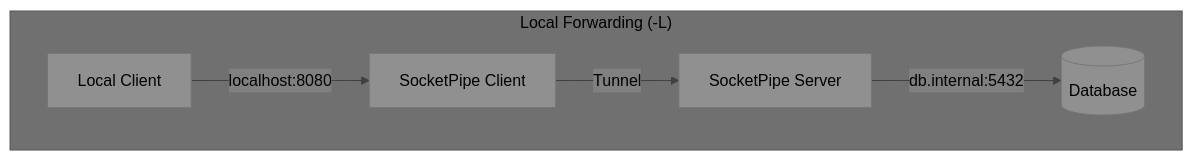
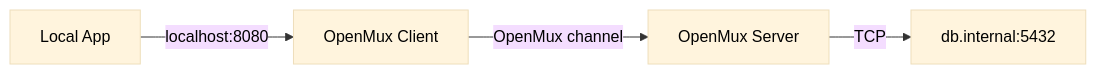
Before and after one commit to deftai/xumux: the second of 6 diagrams in docs/ext-port-forwarding.md, drawn with Mermaid. The commit also changed other lines of this file and 6 other files, not shown here.

````diff
--- a/docs/ext-port-forwarding.md
+++ b/docs/ext-port-forwarding.md
@@ -20,9 +37,7 @@
 ```mermaid
-%%{init: {'theme': 'base', 'themeVariables': {'primaryTextColor': '#000000', 'secondaryTextColor': '#000000', 'tertiaryTextColor': '#000000', 'primaryColor': '#909090', 'secondaryColor': '#808080', 'tertiaryColor': '#707070', 'lineColor': '#404040'}}}%%
-graph TB
-    subgraph "Local Forwarding (-L)"
-        LC[Local Client] -->|"localhost:8080"| LP[SocketPipe Client]
-        LP -->|"Tunnel"| LS[SocketPipe Server]
-        LS -->|"db.internal:5432"| LDB[(Database)]
-    end
+%%{init: {'theme': 'base', 'themeVariables': {'primaryTextColor': '#000', 'lineColor': '#333'}}}%%
+graph LR
+    LC["Local App"] -->|"localhost:8080"| OC["OpenMux Client"]
+    OC -->|"OpenMux channel"| OS["OpenMux Server"]
+    OS -->|"TCP"| DB["db.internal:5432"]
 ```
````
